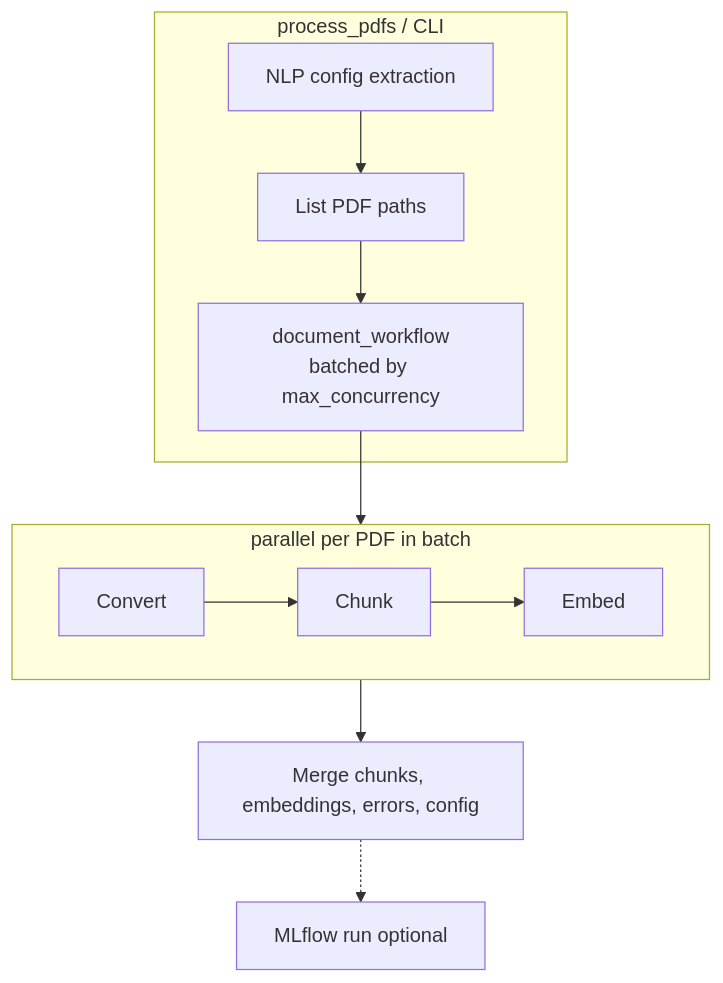
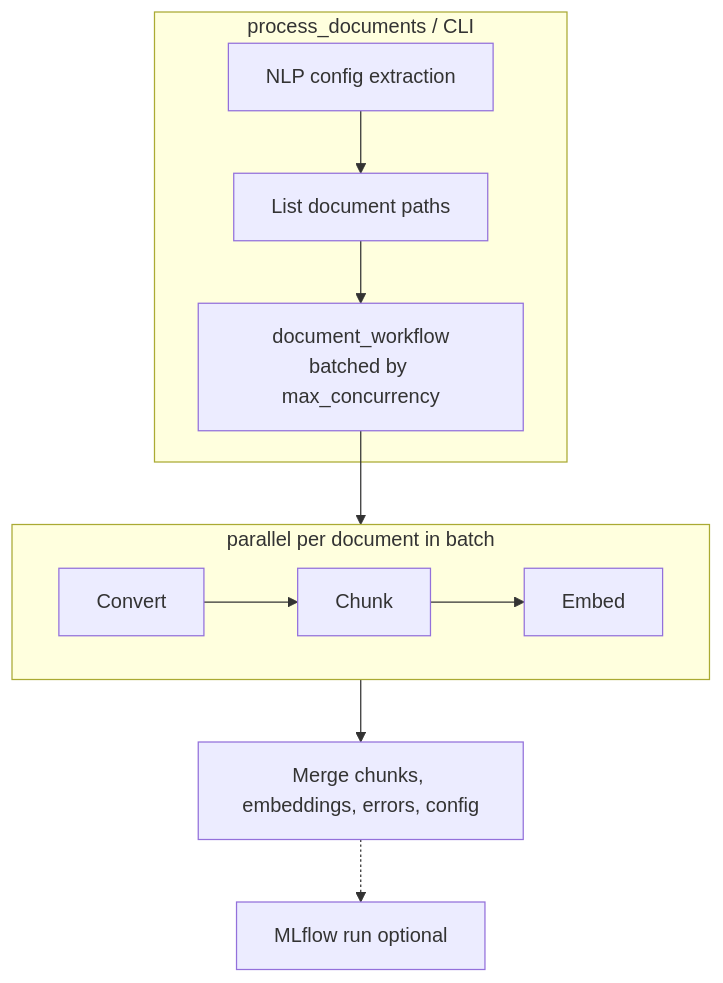
One commit to mcaimi/docling-agent changed the diagram in README.md. Above: the diagram before and after it, drawn with Mermaid. The commit also changed other lines of this file and 1 other file, not shown here.

````diff
--- a/README.md
+++ b/README.md
@@ -96,18 +105,18 @@
 ```mermaid
 flowchart TB
-    subgraph orchestration [process_pdfs / CLI]
+    subgraph orchestration [process_documents / CLI]
         extract[NLP config extraction]
-        listPDFs[List PDF paths]
+        listDocs[List document paths]
         invoke["document_workflow<br/>batched by max_concurrency"]
-        extract --> listPDFs --> invoke
+        extract --> listDocs --> invoke
     end
-    subgraph perDoc [parallel per PDF in batch]
+    subgraph perDoc [parallel per document in batch]
         convert[Convert]
         chunk[Chunk]
         embed[Embed]
         convert --> chunk --> embed
     end
     invoke --> perDoc
     perDoc --> merge[Merge chunks, embeddings, errors, config]
     merge -.-> mlflow[MLflow run optional]
 ```
````
